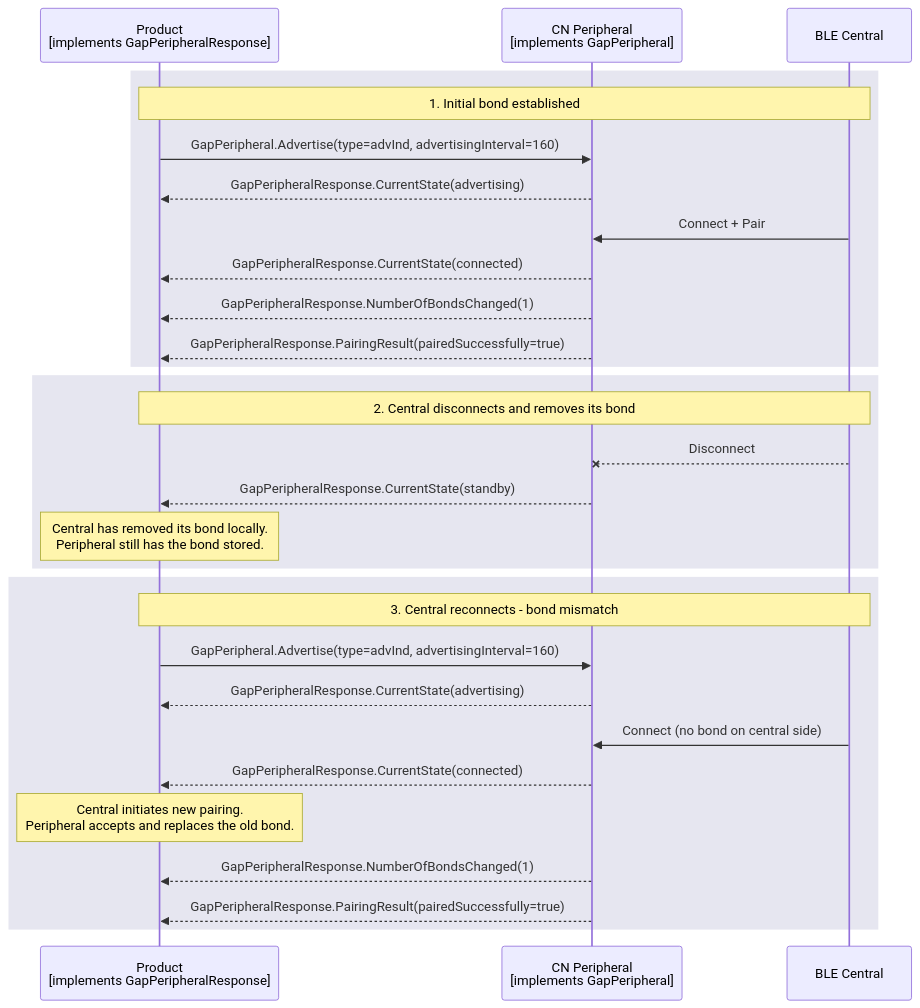
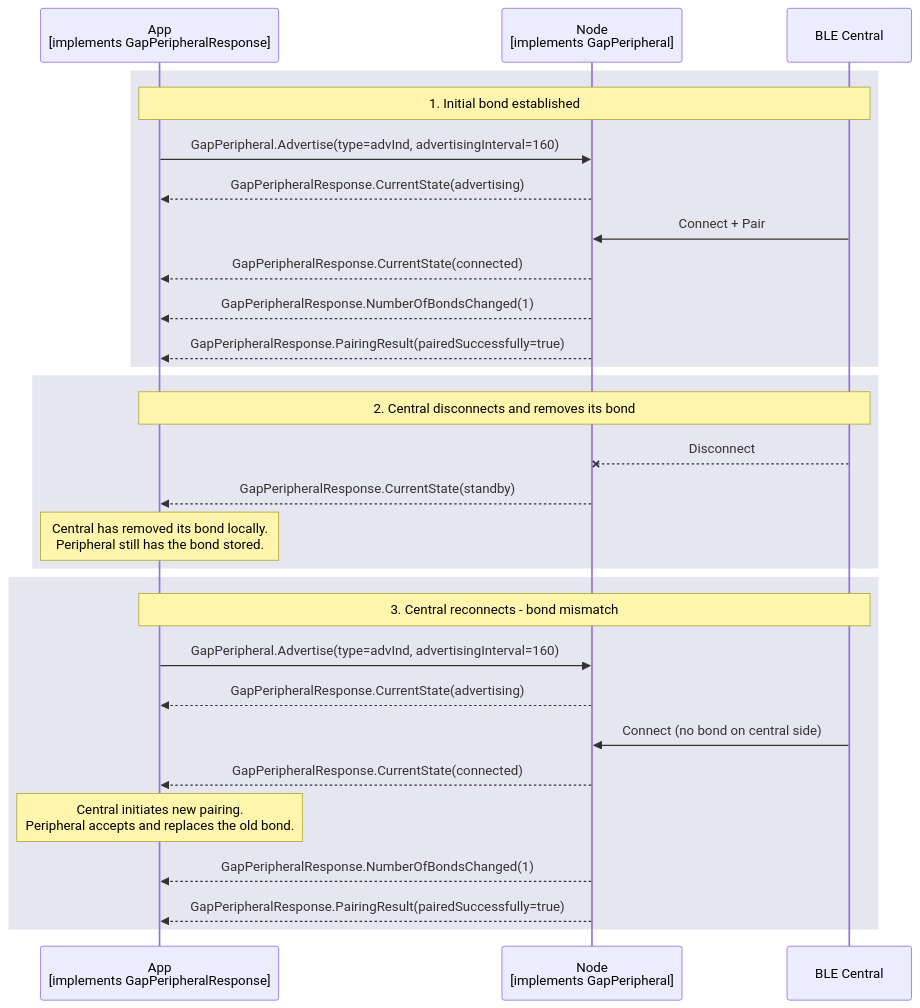
One commit to philips-software/amp-embedded-infra-lib changed the diagram in documents/modules/ROOT/partials/echoservices/gap_peripheral/GapPeripheral_ReBondAfterBondRemoval_sequence.mmd. Above: the diagram before and after it, drawn with Mermaid. The commit also changed 36 other files, not shown here.

```diff
--- a/documents/modules/ROOT/partials/echoservices/gap_peripheral/GapPeripheral_ReBondAfterBondRemoval_sequence.mmd
+++ b/documents/modules/ROOT/partials/echoservices/gap_peripheral/GapPeripheral_ReBondAfterBondRemoval_sequence.mmd
@@ -1,35 +1,35 @@
 sequenceDiagram
-    participant Product as Product<br>[implements GapPeripheralResponse]
-    participant CN as CN Peripheral<br>[implements GapPeripheral]
+    participant App as App<br>[implements GapPeripheralResponse]
+    participant Node as Node<br>[implements GapPeripheral]
     participant Central as BLE Central
 
     rect rgb(230, 230, 240)
-        note over Product, Central: 1. Initial bond established
-        Product->>CN: GapPeripheral.Advertise(type=advInd, advertisingInterval=160)
-        CN-->>Product: GapPeripheralResponse.CurrentState(advertising)
-        Central->>CN: Connect + Pair
-        CN-->>Product: GapPeripheralResponse.CurrentState(connected)
-        CN-->>Product: GapPeripheralResponse.NumberOfBondsChanged(1)
-        CN-->>Product: GapPeripheralResponse.PairingResult(pairedSuccessfully=true)
+        note over App, Central: 1. Initial bond established
+        App->>Node: GapPeripheral.Advertise(type=advInd, advertisingInterval=160)
+        Node-->>App: GapPeripheralResponse.CurrentState(advertising)
+        Central->>Node: Connect + Pair
+        Node-->>App: GapPeripheralResponse.CurrentState(connected)
+        Node-->>App: GapPeripheralResponse.NumberOfBondsChanged(1)
+        Node-->>App: GapPeripheralResponse.PairingResult(pairedSuccessfully=true)
     end
 
     rect rgb(230, 230, 240)
-        note over Product, Central: 2. Central disconnects and removes its bond
-        Central--xCN: Disconnect
-        CN-->>Product: GapPeripheralResponse.CurrentState(standby)
+        note over App, Central: 2. Central disconnects and removes its bond
+        Central--xNode: Disconnect
+        Node-->>App: GapPeripheralResponse.CurrentState(standby)
 
-        Note over Product: Central has removed its bond locally.<br>Peripheral still has the bond stored.
+        Note over App: Central has removed its bond locally.<br>Peripheral still has the bond stored.
     end
 
     rect rgb(230, 230, 240)
-        note over Product, Central: 3. Central reconnects - bond mismatch
-        Product->>CN: GapPeripheral.Advertise(type=advInd, advertisingInterval=160)
-        CN-->>Product: GapPeripheralResponse.CurrentState(advertising)
-        Central->>CN: Connect (no bond on central side)
-        CN-->>Product: GapPeripheralResponse.CurrentState(connected)
+        note over App, Central: 3. Central reconnects - bond mismatch
+        App->>Node: GapPeripheral.Advertise(type=advInd, advertisingInterval=160)
+        Node-->>App: GapPeripheralResponse.CurrentState(advertising)
+        Central->>Node: Connect (no bond on central side)
+        Node-->>App: GapPeripheralResponse.CurrentState(connected)
 
-        Note over Product: Central initiates new pairing.<br>Peripheral accepts and replaces the old bond.
+        Note over App: Central initiates new pairing.<br>Peripheral accepts and replaces the old bond.
 
-        CN-->>Product: GapPeripheralResponse.NumberOfBondsChanged(1)
-        CN-->>Product: GapPeripheralResponse.PairingResult(pairedSuccessfully=true)
+        Node-->>App: GapPeripheralResponse.NumberOfBondsChanged(1)
+        Node-->>App: GapPeripheralResponse.PairingResult(pairedSuccessfully=true)
     end
```
